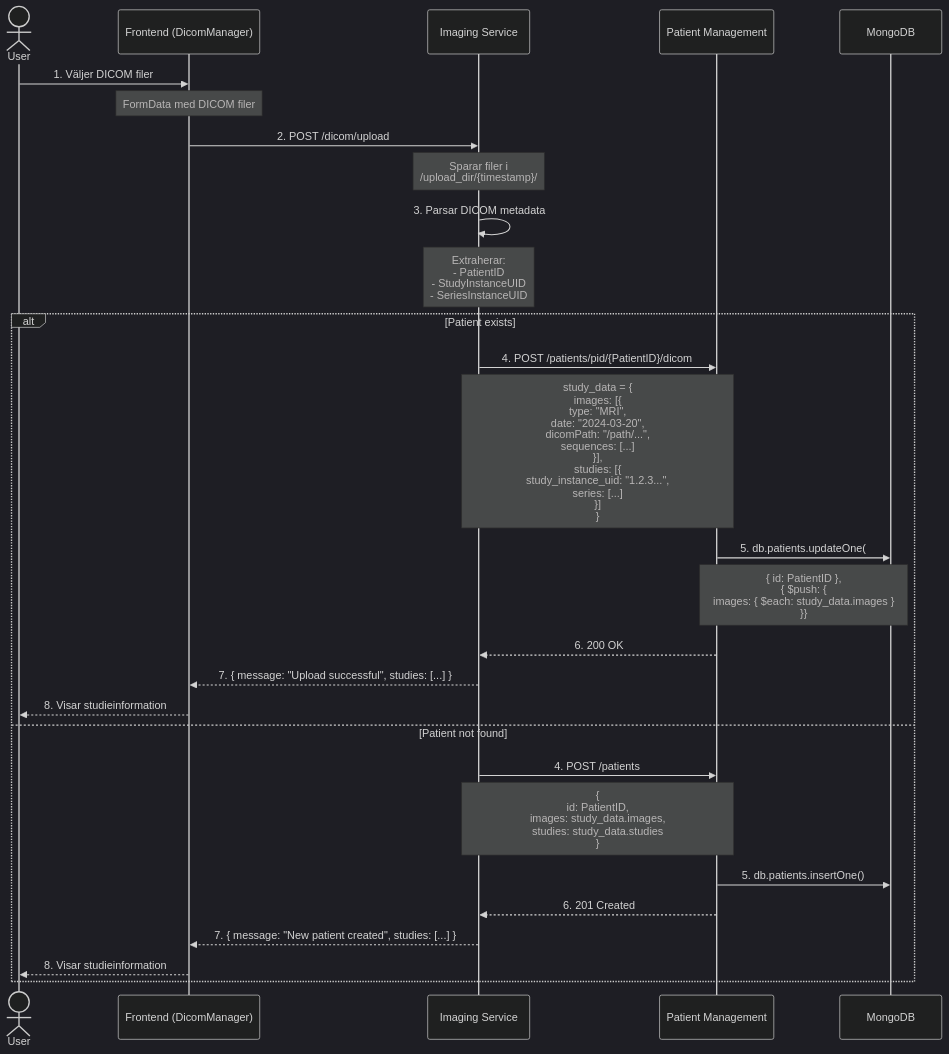
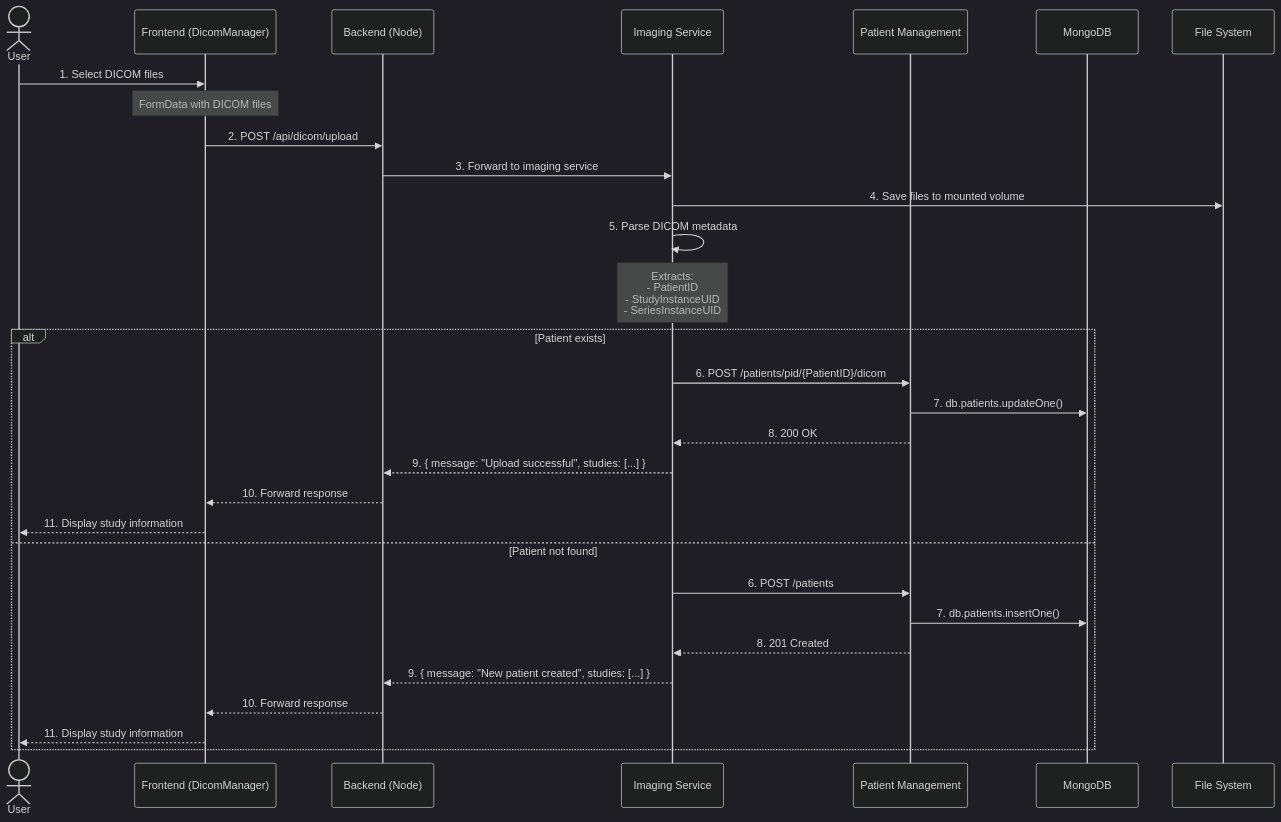
The first of 2 diagrams in README.md (TobiasEkman/neuro_platform), drawn with Mermaid (dark theme) before and after one commit. The commit also changed other lines of this file, not shown here.

````diff
--- a/README.md
+++ b/README.md
@@ -475,32 +454,34 @@
 ```mermaid
 sequenceDiagram
     actor User
     participant FE as Frontend (DicomManager)
+    participant BE as Backend (Node)
     participant IS as Imaging Service
     participant PM as Patient Management
     participant DB as MongoDB
+    participant FS as File System
 
-    User->>FE: 1. Väljer DICOM filer
-    Note over FE: FormData med DICOM filer
-    FE->>IS: 2. POST /dicom/upload
-    Note over IS: Sparar filer i<br/>/upload_dir/{timestamp}/
-    IS->>IS: 3. Parsar DICOM metadata
-    Note over IS: Extraherar:<br/>- PatientID<br/>- StudyInstanceUID<br/>- SeriesInstanceUID
+    User->>FE: 1. Select DICOM files
+    Note over FE: FormData with DICOM files
+    FE->>BE: 2. POST /api/dicom/upload
+    BE->>IS: 3. Forward to imaging service
+    IS->>FS: 4. Save files to mounted volume
+    IS->>IS: 5. Parse DICOM metadata
+    Note over IS: Extracts:<br/>- PatientID<br/>- StudyInstanceUID<br/>- SeriesInstanceUID
     
     alt Patient exists
-        IS->>PM: 4. POST /patients/pid/{PatientID}/dicom
-        Note over IS,PM: study_data = {<br/>  images: [{<br/>    type: "MRI",<br/>    date: "2024-03-20",<br/>    dicomPath: "/path/...",<br/>    sequences: [...]<br/>  }],<br/>  studies: [{<br/>    study_instance_uid: "1.2.3...",<br/>    series: [...]<br/>  }]<br/>}
-        PM->>DB: 5. db.patients.updateOne(
-        Note over PM,DB: { id: PatientID },<br/>{ $push: { <br/>    images: { $each: study_data.images }<br/>  }}
-        PM-->>IS: 6. 200 OK
-        IS-->>FE: 7. { message: "Upload successful", studies: [...] }
-        FE-->>User: 8. Visar studieinformation
+        IS->>PM: 6. POST /patients/pid/{PatientID}/dicom
+        PM->>DB: 7. db.patients.updateOne()
+        PM-->>IS: 8. 200 OK
+        IS-->>BE: 9. { message: "Upload successful", studies: [...] }
+        BE-->>FE: 10. Forward response
+        FE-->>User: 11. Display study information
     else Patient not found
-        IS->>PM: 4. POST /patients
-        Note over IS,PM: {<br/>  id: PatientID,<br/>  images: study_data.images,<br/>  studies: study_data.studies<br/>}
-        PM->>DB: 5. db.patients.insertOne()
-        PM-->>IS: 6. 201 Created
-        IS-->>FE: 7. { message: "New patient created", studies: [...] }
-        FE-->>User: 8. Visar studieinformation
+        IS->>PM: 6. POST /patients
+        PM->>DB: 7. db.patients.insertOne()
+        PM-->>IS: 8. 201 Created
+        IS-->>BE: 9. { message: "New patient created", studies: [...] }
+        BE-->>FE: 10. Forward response
+        FE-->>User: 11. Display study information
     end
 ```
````
